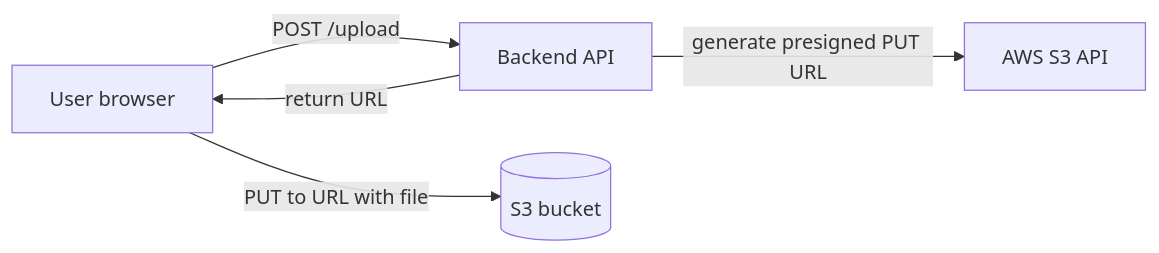
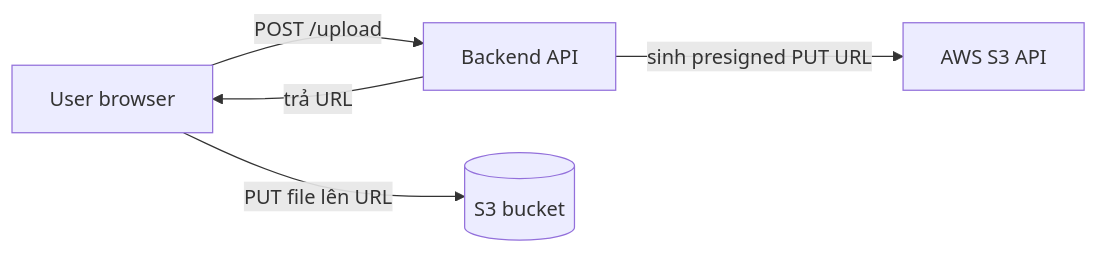
Before and after one commit to thanhdevops95/Dev-knowledge: the diagram in 11_cloud/aws/lessons/01_basic/02_s3-deep-and-iam.md, drawn with Mermaid. The commit also changed other lines of this file and 483 other files, not shown here.

````diff
--- a/11_cloud/aws/lessons/01_basic/02_s3-deep-and-iam.md
+++ b/11_cloud/aws/lessons/01_basic/02_s3-deep-and-iam.md
@@ -235,7 +244,7 @@
 ```mermaid
 graph LR
     User[User browser] -->|POST /upload| Backend[Backend API]
-    Backend -->|generate presigned PUT URL| AWS[AWS S3 API]
-    Backend -->|return URL| User
-    User -->|PUT to URL with file| S3[(S3 bucket)]
+    Backend -->|sinh presigned PUT URL| AWS[AWS S3 API]
+    Backend -->|trả URL| User
+    User -->|PUT file lên URL| S3[(S3 bucket)]
 ```
````
